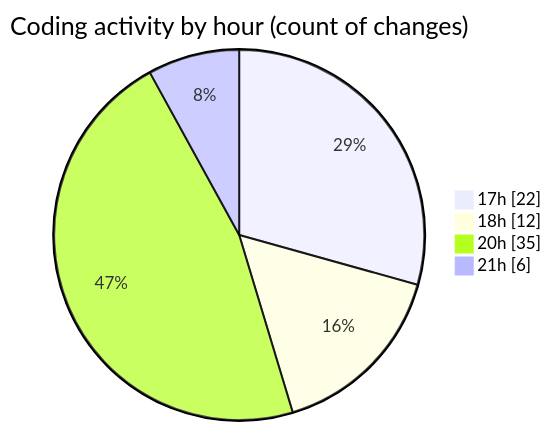
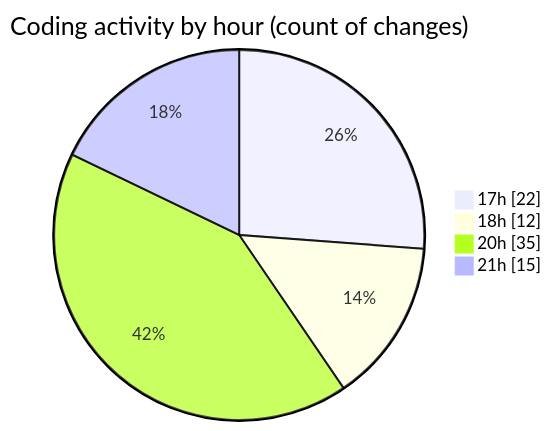
One commit to Netris89/code-tracking changed the second of 2 diagrams in 2025-10-30/skintrack/README.md. Above: the diagram before and after it, drawn with Mermaid. The commit also changed other lines of this file and 1 other file, not shown here.

````diff
--- a/2025-10-30/skintrack/README.md
+++ b/2025-10-30/skintrack/README.md
@@ -36,8 +36,8 @@
 ```mermaid
 pie showData
 title Coding activity by hour (count of changes)
 "17h" : 22
 "18h" : 12
 "20h" : 35
-"21h" : 6
+"21h" : 15
 ```
````
